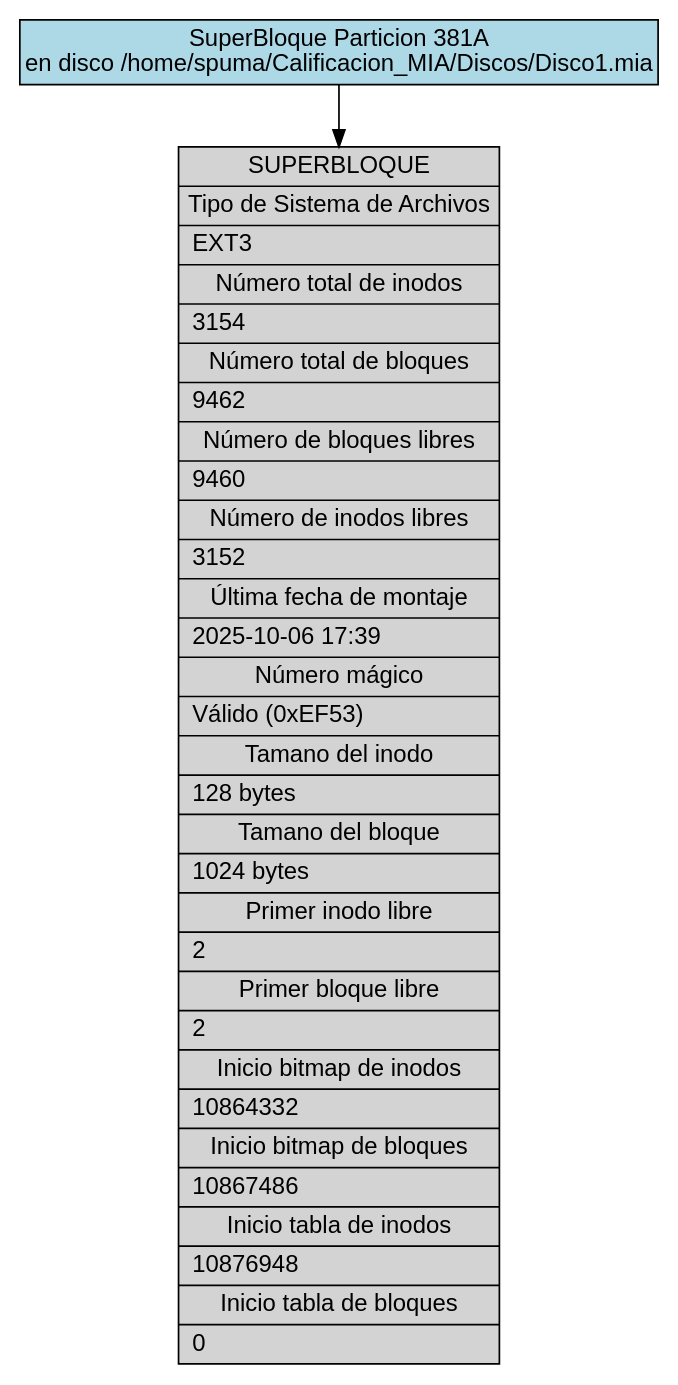
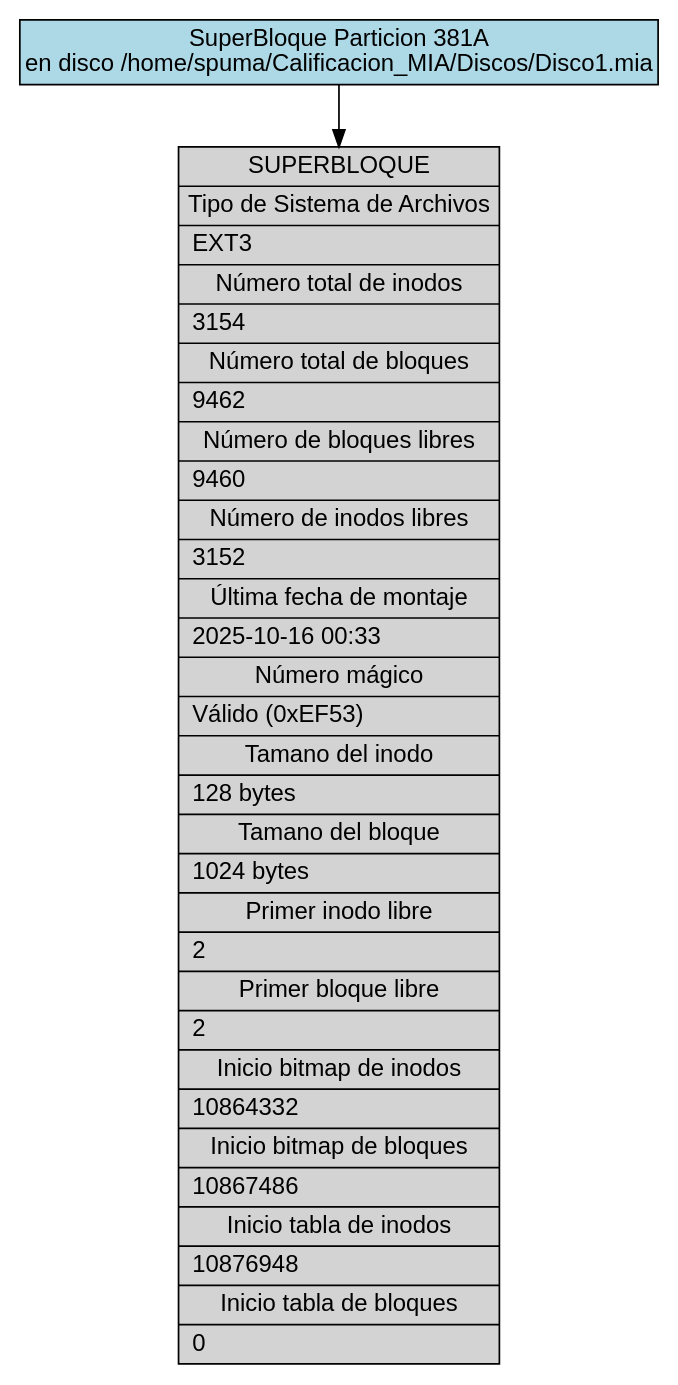
The diagram in backend/provider/reports/src/sb_381A.dot (DiegVas/MIA_2S2025_P2_202300638), drawn with Graphviz before and after one commit. The commit also changed 35 other files, not shown here.

```diff
--- a/backend/provider/reports/src/sb_381A.dot
+++ b/backend/provider/reports/src/sb_381A.dot
@@ -1,13 +1,13 @@
 digraph Superblock_Report {
     rankdir=TB;
     node [shape=record, fontname="Arial"];
     edge [fontname="Arial"];
     graph [fontname="Arial"];
 
     title [label="SuperBloque Particion 381A\nen disco /home/spuma/Calificacion_MIA/Discos/Disco1.mia", shape=box, style=filled, fillcolor=lightblue];
 
-    superblock [label="{SUPERBLOQUE|Tipo de Sistema de Archivos|EXT3\l|Número total de inodos|3154\l|Número total de bloques|9462\l|Número de bloques libres|9460\l|Número de inodos libres|3152\l|Última fecha de montaje|2025-10-06 17:39\l|Número mágico|Válido (0xEF53)\l|Tamano del inodo|128 bytes\l|Tamano del bloque|1024 bytes\l|Primer inodo libre|2\l|Primer bloque libre|2\l|Inicio bitmap de inodos|10864332\l|Inicio bitmap de bloques|10867486\l|Inicio tabla de inodos|10876948\l|Inicio tabla de bloques|0\l}", style=filled, fillcolor=lightgray];
+    superblock [label="{SUPERBLOQUE|Tipo de Sistema de Archivos|EXT3\l|Número total de inodos|3154\l|Número total de bloques|9462\l|Número de bloques libres|9460\l|Número de inodos libres|3152\l|Última fecha de montaje|2025-10-16 00:33\l|Número mágico|Válido (0xEF53)\l|Tamano del inodo|128 bytes\l|Tamano del bloque|1024 bytes\l|Primer inodo libre|2\l|Primer bloque libre|2\l|Inicio bitmap de inodos|10864332\l|Inicio bitmap de bloques|10867486\l|Inicio tabla de inodos|10876948\l|Inicio tabla de bloques|0\l}", style=filled, fillcolor=lightgray];
 
     title -> superblock;
 
 }
```
